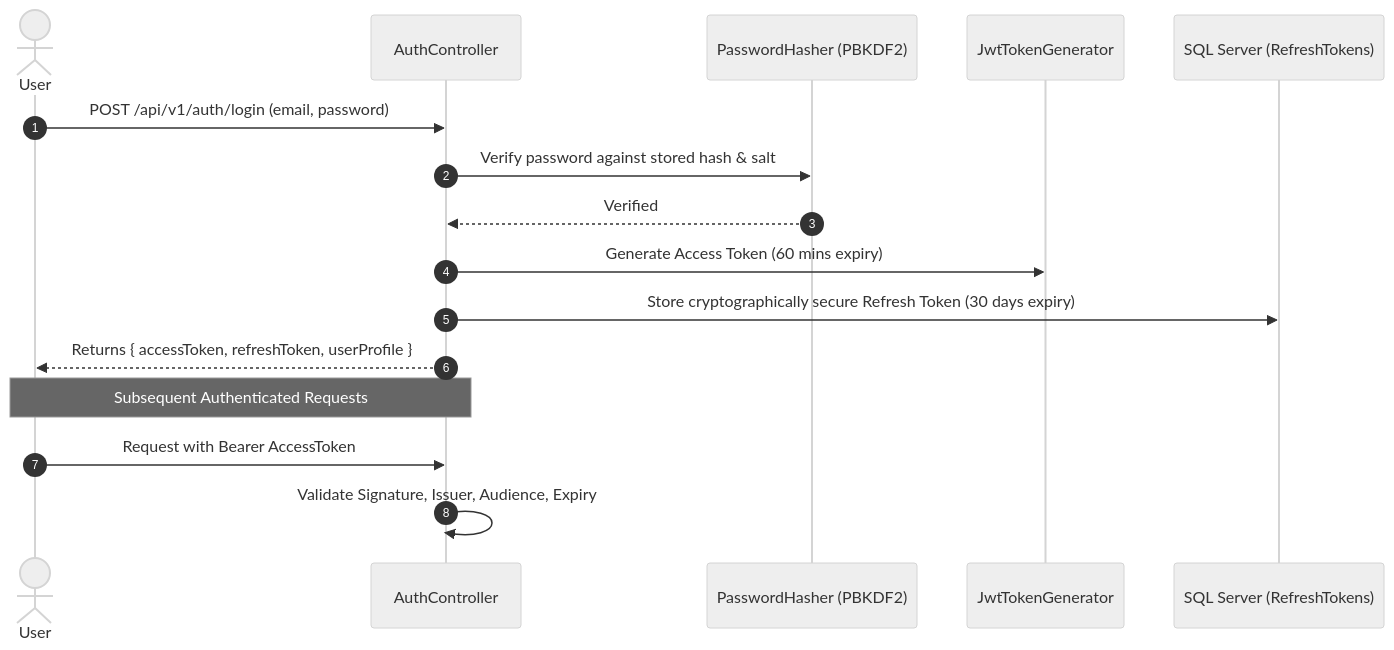
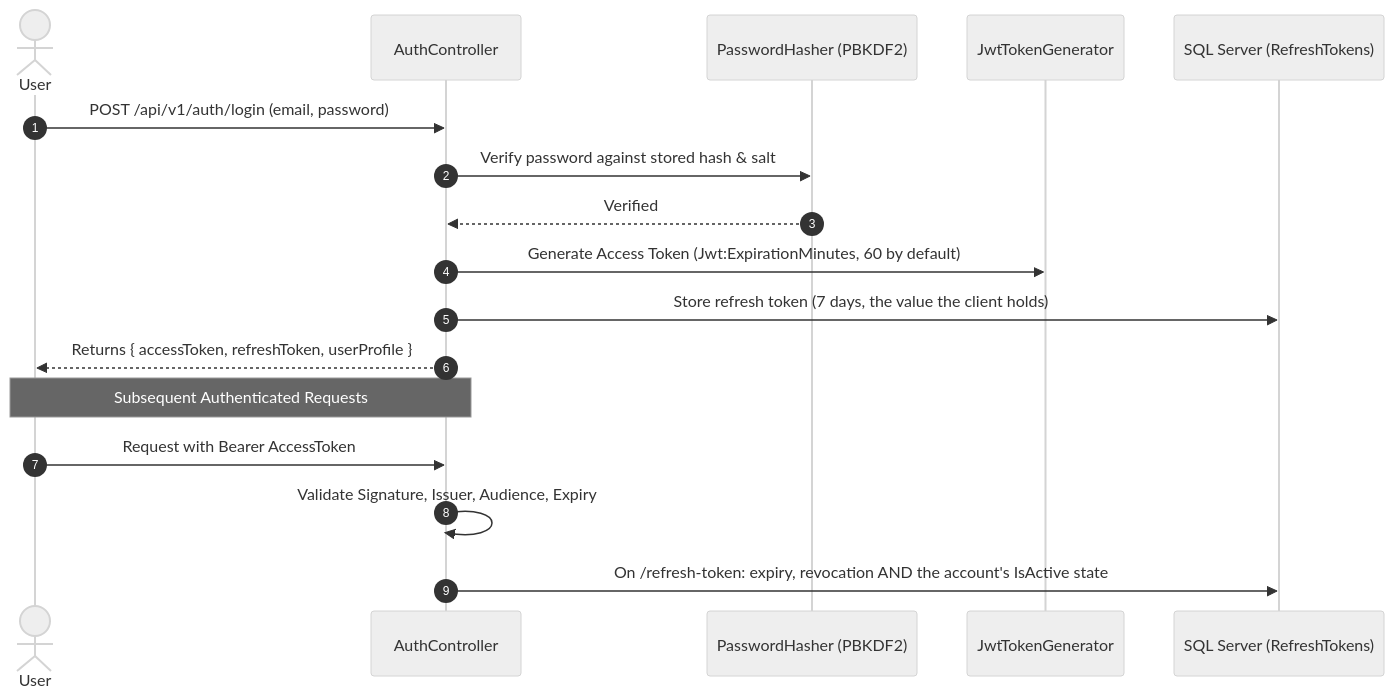
Before and after one commit to dante127/BooklyHub: the diagram in docs/SECURITY.md, drawn with Mermaid (neutral theme). The commit also changed other lines of this file and 3 other files, not shown here.

````diff
--- a/docs/SECURITY.md
+++ b/docs/SECURITY.md
@@ -7,20 +7,21 @@
 ```mermaid
 sequenceDiagram
     autonumber
     actor User
     participant Auth as AuthController
     participant Hasher as PasswordHasher (PBKDF2)
     participant JWT as JwtTokenGenerator
     participant DB as SQL Server (RefreshTokens)
 
     User->>Auth: POST /api/v1/auth/login (email, password)
     Auth->>Hasher: Verify password against stored hash & salt
     Hasher-->>Auth: Verified
-    Auth->>JWT: Generate Access Token (60 mins expiry)
-    Auth->>DB: Store cryptographically secure Refresh Token (30 days expiry)
+    Auth->>JWT: Generate Access Token (Jwt:ExpirationMinutes, 60 by default)
+    Auth->>DB: Store refresh token (7 days, the value the client holds)
     Auth-->>User: Returns { accessToken, refreshToken, userProfile }
 
     Note over User,Auth: Subsequent Authenticated Requests
     User->>Auth: Request with Bearer AccessToken
     Auth->>Auth: Validate Signature, Issuer, Audience, Expiry
+    Auth->>DB: On /refresh-token: expiry, revocation AND the account's IsActive state
 ```
````
